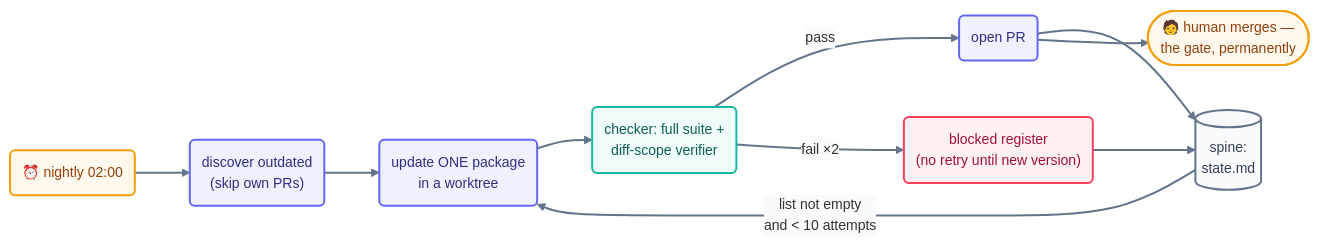
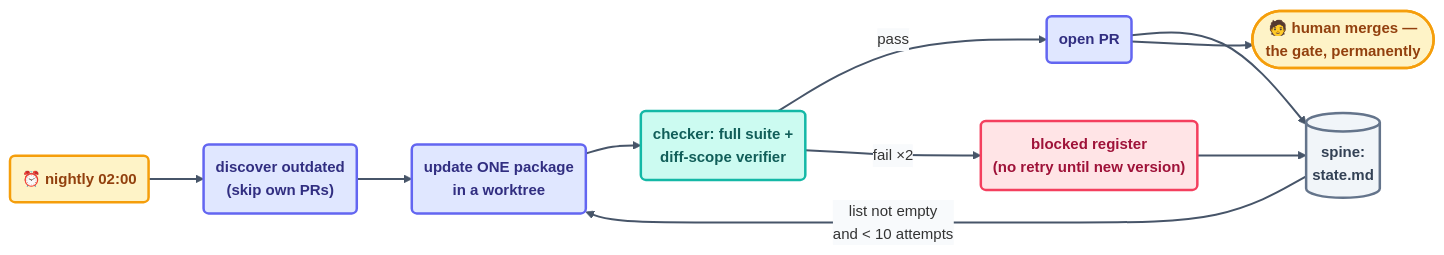
The diagram in docs/09-methods/worked-example-dependency-sweeper.md (ayeshakhalid192007-dev/LoopEngineering-CrashCourse), drawn with Mermaid before and after one commit. The commit also changed 66 other files, not shown here.

First line of the commit message:
docs(diagrams): visibly bolder pass — deeper fills, heavier strokes, semibold labels

````diff
--- a/docs/09-methods/worked-example-dependency-sweeper.md
+++ b/docs/09-methods/worked-example-dependency-sweeper.md
@@ -113,19 +113,19 @@
 ```mermaid
-%%{init: {'theme':'base','themeVariables':{'fontFamily':'ui-sans-serif, system-ui, sans-serif','fontSize':'14px','lineColor':'#64748b','edgeLabelBackground':'#f8fafc'},'flowchart':{'curve':'basis','nodeSpacing':45,'rankSpacing':55,'padding':12}}}%%
+%%{init: {'theme':'base','themeVariables':{'fontFamily':'ui-sans-serif, system-ui, sans-serif','fontSize':'15px','lineColor':'#475569','edgeLabelBackground':'#f8fafc'},'flowchart':{'curve':'basis','nodeSpacing':45,'rankSpacing':55,'padding':12}}}%%
 flowchart LR
     HB("⏰ nightly 02:00"):::hb --> DISC("discover outdated<br/>(skip own PRs)"):::step
     DISC --> UP("update ONE package<br/>in a worktree"):::step
     UP --> CHK("checker: full suite +<br/>diff-scope verifier"):::check
     CHK -->|pass| PR("open PR"):::step --> SP[("spine:<br/>state.md")]:::file
     CHK -->|"fail ×2"| BL("blocked register<br/>(no retry until new version)"):::limit
     BL --> SP
     SP -->|"list not empty<br/>and < 10 attempts"| UP
     PR --> H(["🧑 human merges —<br/>the gate, permanently"]):::human
-    linkStyle default stroke:#64748b,stroke-width:2px;
-    classDef hb fill:#fef9ec,stroke:#f59e0b,stroke-width:2px,color:#92400e;
-    classDef step fill:#eef2ff,stroke:#6366f1,stroke-width:2px,color:#312e81;
-    classDef check fill:#effcf9,stroke:#14b8a6,stroke-width:2px,color:#115e59;
-    classDef file fill:#f8fafc,stroke:#64748b,stroke-width:2px,color:#334155;
-    classDef human fill:#fef9ec,stroke:#f59e0b,stroke-width:2px,color:#92400e;
-    classDef limit fill:#fff1f2,stroke:#f43f5e,stroke-width:2px,color:#9f1239;
+    linkStyle default stroke:#475569,stroke-width:2px;
+    classDef hb fill:#fef3c7,stroke:#f59e0b,stroke-width:2.5px,color:#92400e,font-weight:600;
+    classDef step fill:#e0e7ff,stroke:#6366f1,stroke-width:2.5px,color:#312e81,font-weight:600;
+    classDef check fill:#ccfbf1,stroke:#14b8a6,stroke-width:2.5px,color:#115e59,font-weight:600;
+    classDef file fill:#f1f5f9,stroke:#64748b,stroke-width:2.5px,color:#334155,font-weight:600;
+    classDef human fill:#fef3c7,stroke:#f59e0b,stroke-width:2.5px,color:#92400e,font-weight:600;
+    classDef limit fill:#ffe4e6,stroke:#f43f5e,stroke-width:2.5px,color:#9f1239,font-weight:600;
 ```
````
